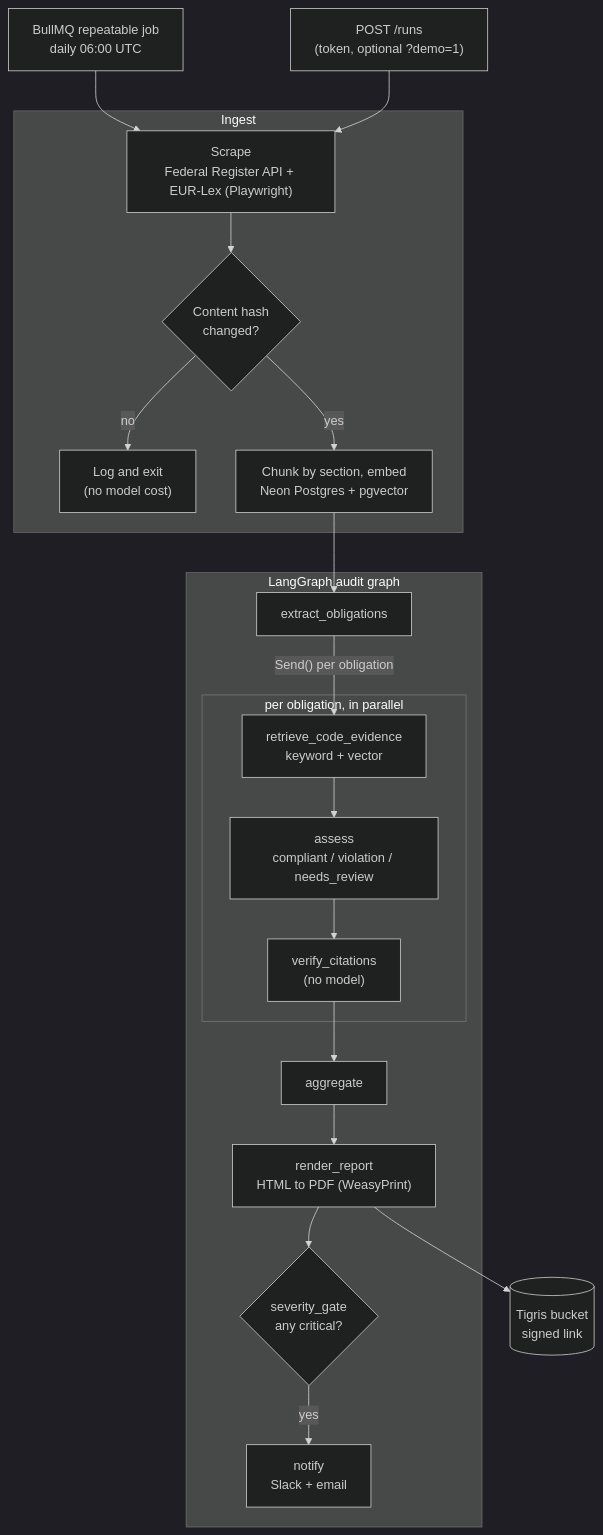
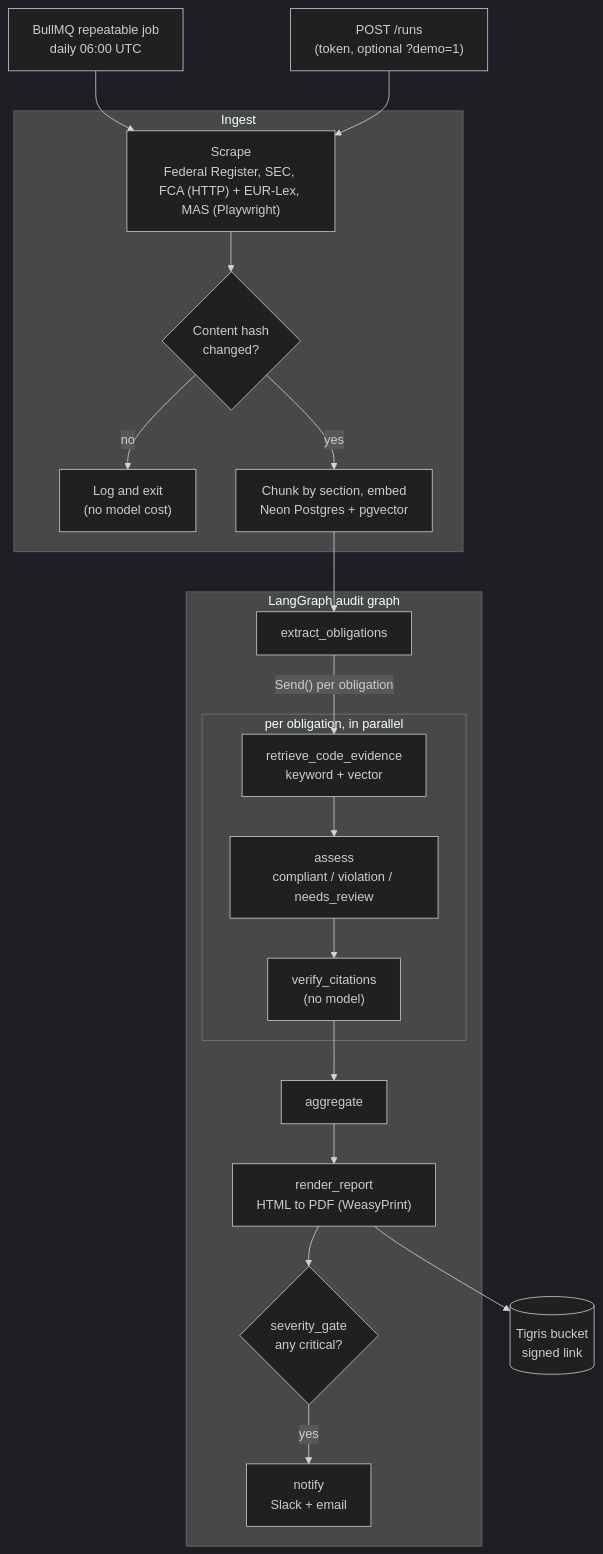
Before and after one commit to gengirish/compliance-sentinel: the diagram in README.md, drawn with Mermaid (dark theme). The commit also changed other lines of this file and 18 other files, not shown here.

````diff
--- a/README.md
+++ b/README.md
@@ -39,27 +42,27 @@
 ```mermaid
 flowchart TD
     cron["BullMQ repeatable job<br/>daily 06:00 UTC"] --> scrape
     manual["POST /runs<br/>(token, optional ?demo=1)"] --> scrape
 
     subgraph ing [Ingest]
-        scrape["Scrape<br/>Federal Register API + EUR-Lex (Playwright)"] --> diff{"Content hash<br/>changed?"}
+        scrape["Scrape<br/>Federal Register, SEC, FCA (HTTP) + EUR-Lex, MAS (Playwright)"] --> diff{"Content hash<br/>changed?"}
         diff -- no --> skip["Log and exit<br/>(no model cost)"]
         diff -- yes --> embed["Chunk by section, embed<br/>Neon Postgres + pgvector"]
     end
 
     embed --> extract
 
     subgraph audit [LangGraph audit graph]
         extract["extract_obligations"] -->|"Send() per obligation"| retrieve
         subgraph per [per obligation, in parallel]
             retrieve["retrieve_code_evidence<br/>keyword + vector"] --> assess["assess<br/>compliant / violation / needs_review"]
             assess --> verify["verify_citations<br/>(no model)"]
         end
         verify --> aggregate["aggregate"]
         aggregate --> render["render_report<br/>HTML to PDF (WeasyPrint)"]
         render --> gate{"severity_gate<br/>any critical?"}
         gate -- yes --> notify["notify<br/>Slack + email"]
     end
 
     render --> store[("Tigris bucket<br/>signed link")]
 ```
````
